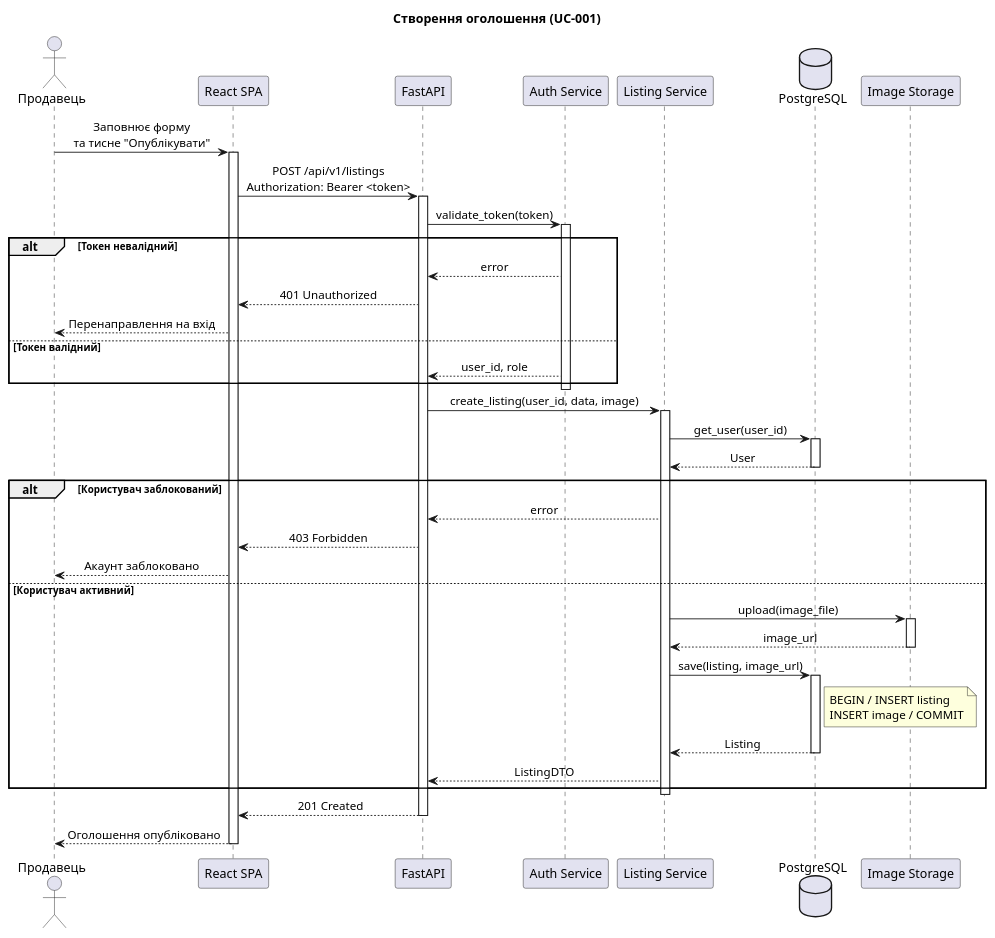
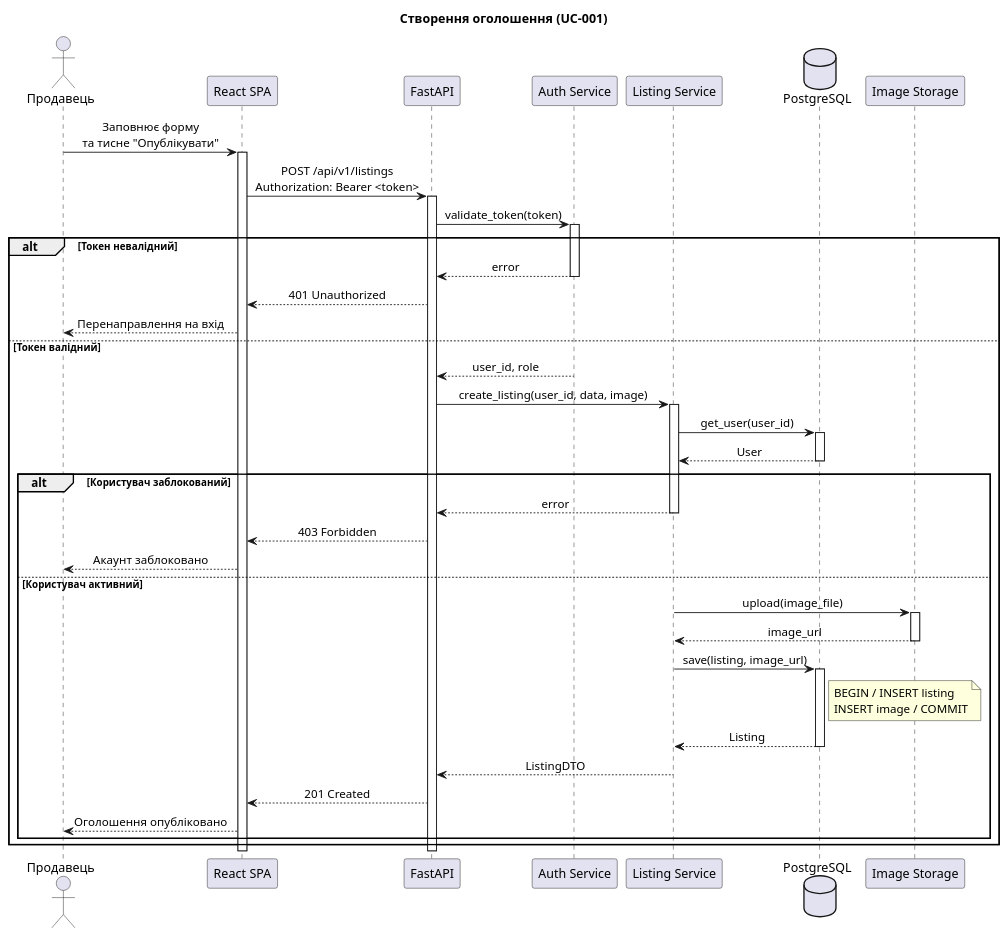
The diagram in docs/architecture/uml/sequence-create-listing.puml (ukma-fin-ssdm-2026/Next-Gen), drawn with PlantUML before and after one commit.

Commit message:
fix: виправлено логіку alt в діаграмі послідовності - потік коректно зупиняється на 401 і 403

```diff
--- a/docs/architecture/uml/sequence-create-listing.puml
+++ b/docs/architecture/uml/sequence-create-listing.puml
@@ -1,68 +1,70 @@
 @startuml
 title Створення оголошення (UC-001)
 
 skinparam shadowing false
 skinparam sequenceMessageAlign center
 skinparam responseMessageBelowArrow true
 
 actor "Продавець" as User
 participant "React SPA" as SPA
 participant "FastAPI" as API
 participant "Auth Service" as Auth
 participant "Listing Service" as LS
 database "PostgreSQL" as DB
 participant "Image Storage" as IMG
 
 User -> SPA: Заповнює форму\nта тисне "Опублікувати"
 activate SPA
 
 SPA -> API: POST /api/v1/listings\nAuthorization: Bearer <token>
 activate API
 
 API -> Auth: validate_token(token)
 activate Auth
 
 alt Токен невалідний
     Auth --> API: error
+    deactivate Auth
     API --> SPA: 401 Unauthorized
     SPA --> User: Перенаправлення на вхід
 else Токен валідний
     Auth --> API: user_id, role
-end
-deactivate Auth
+    deactivate Auth
 
-API -> LS: create_listing(user_id, data, image)
-activate LS
+    API -> LS: create_listing(user_id, data, image)
+    activate LS
 
-LS -> DB: get_user(user_id)
-activate DB
-DB --> LS: User
-deactivate DB
-
-alt Користувач заблокований
-    LS --> API: error
-    API --> SPA: 403 Forbidden
-    SPA --> User: Акаунт заблоковано
-else Користувач активний
-    LS -> IMG: upload(image_file)
-    activate IMG
-    IMG --> LS: image_url
-    deactivate IMG
-
-    LS -> DB: save(listing, image_url)
+    LS -> DB: get_user(user_id)
     activate DB
-    note right of DB: BEGIN / INSERT listing\nINSERT image / COMMIT
-    DB --> LS: Listing
+    DB --> LS: User
     deactivate DB
 
-    LS --> API: ListingDTO
+    alt Користувач заблокований
+        LS --> API: error
+        deactivate LS
+        API --> SPA: 403 Forbidden
+        SPA --> User: Акаунт заблоковано
+    else Користувач активний
+        LS -> IMG: upload(image_file)
+        activate IMG
+        IMG --> LS: image_url
+        deactivate IMG
+
+        LS -> DB: save(listing, image_url)
+        activate DB
+        note right of DB: BEGIN / INSERT listing\nINSERT image / COMMIT
+        DB --> LS: Listing
+        deactivate DB
+
+        LS --> API: ListingDTO
+        deactivate LS
+
+        API --> SPA: 201 Created
+        SPA --> User: Оголошення опубліковано
+    end
 end
-deactivate LS
 
-API --> SPA: 201 Created
 deactivate API
-
-SPA --> User: Оголошення опубліковано
 deactivate SPA
 
 @enduml
```
